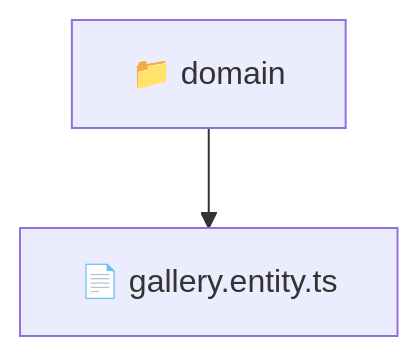
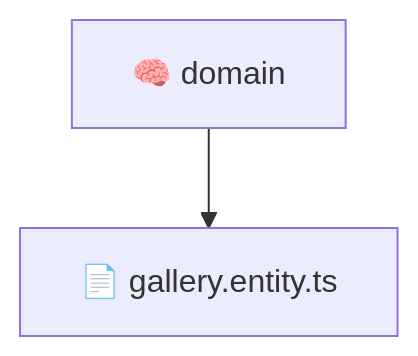
Before and after one commit to beginwebdev2002/fullstack-mavluda: the diagram in backend/src/modules/gallery/domain/README.md, drawn with Mermaid. The commit also changed other lines of this file and 165 other files, not shown here.

First line of the commit message:
docs: generate localized architectural READMEs

````diff
--- a/backend/src/modules/gallery/domain/README.md
+++ b/backend/src/modules/gallery/domain/README.md
@@ -10,5 +9,5 @@
 ```mermaid
 graph TD
-  Root["📁 domain"]
-  Root --> galleryentityts["📄 gallery.entity.ts"]
+  domain["🧠 domain"]
+  domain --> gallery_entity_ts["📄 gallery.entity.ts"]
 ```
````
